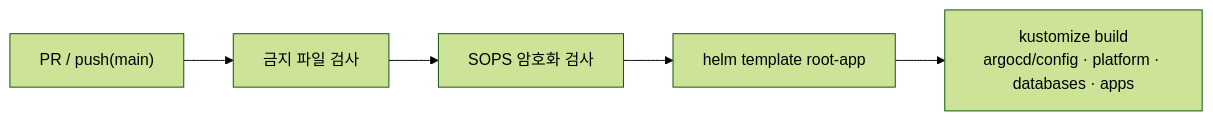
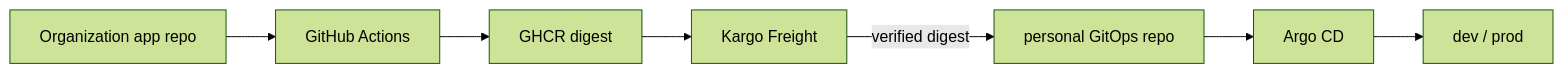
One commit to hweyoung/homelab changed the fourth of 4 diagrams in docs/gitops-architecture.md. Above: the diagram before and after it, drawn with Mermaid (forest theme). The commit also changed other lines of this file and 10 other files, not shown here.

````diff
--- a/docs/gitops-architecture.md
+++ b/docs/gitops-architecture.md
@@ -247,7 +105,6 @@
 ```mermaid
 flowchart LR
-    PR["PR / push(main)"] --> F["금지 파일 검사"]
-    F --> S["SOPS 암호화 검사"]
-    S --> H["helm template root-app"]
-    H --> KB["kustomize build<br/>argocd/config · platform · databases · apps"]
+    ORG["Organization app repo"] --> CI["GitHub Actions"] --> GHCR["GHCR digest"]
+    GHCR --> KARGO["Kargo Freight"] -->|"verified digest"| GITOPS["personal GitOps repo"]
+    GITOPS --> ARGO["Argo CD"] --> ENV["dev / prod"]
 ```
````
